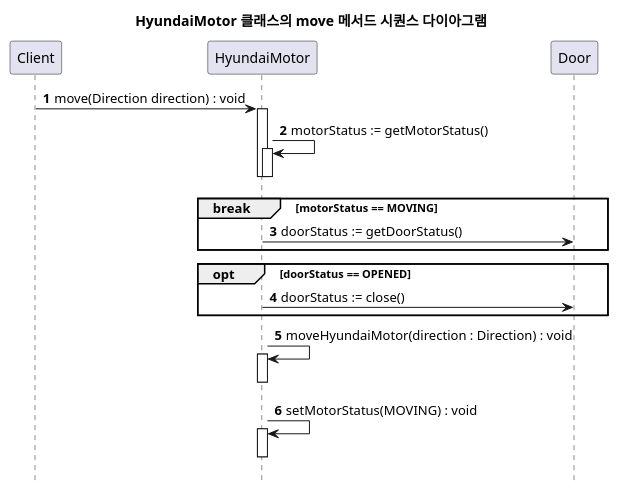
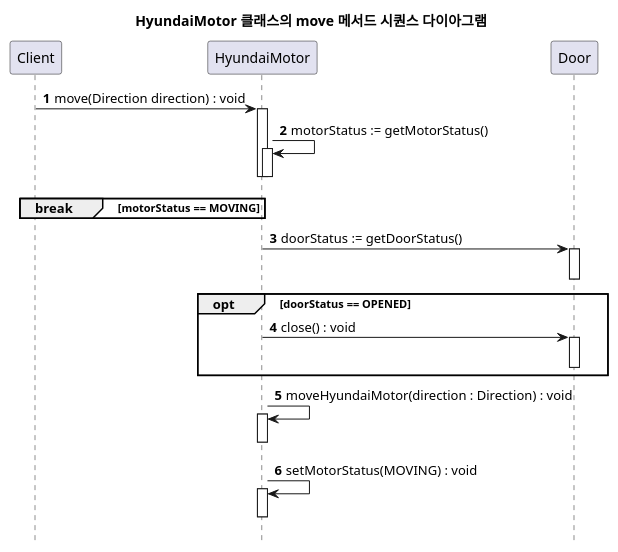
Before and after one commit to walbatrossw/java-design-patterns: the diagram in ch11-template-method-patterns/diagrams/template-method-pattern-move-method-sequence-diagram.puml, drawn with PlantUML. The commit also changed 12 other files, not shown here.

```diff
--- a/ch11-template-method-patterns/diagrams/template-method-pattern-move-method-sequence-diagram.puml
+++ b/ch11-template-method-patterns/diagrams/template-method-pattern-move-method-sequence-diagram.puml
@@ -1,31 +1,36 @@
 @startuml
 
 title HyundaiMotor 클래스의 move 메서드 시퀀스 다이아그램
 hide footbox
 autonumber
 
 Client -> HyundaiMotor : move(Direction direction) : void
 
 Activate HyundaiMotor
 HyundaiMotor -> HyundaiMotor : motorStatus := getMotorStatus()
 Activate HyundaiMotor
 deactivate HyundaiMotor
 deactivate HyundaiMotor
 
 break motorStatus == MOVING
-HyundaiMotor -> Door : doorStatus := getDoorStatus()
 end
 
+HyundaiMotor -> Door : doorStatus := getDoorStatus()
+Activate Door
+deactivate Door
+
 opt doorStatus == OPENED
-HyundaiMotor -> Door : doorStatus := close()
+HyundaiMotor -> Door : close() : void
+Activate Door
+deactivate Door
 end
 
 HyundaiMotor -> HyundaiMotor : moveHyundaiMotor(direction : Direction) : void
 Activate HyundaiMotor
 deactivate HyundaiMotor
 
 HyundaiMotor -> HyundaiMotor : setMotorStatus(MOVING) : void
 Activate HyundaiMotor
 deactivate HyundaiMotor
 
 @enduml
```
